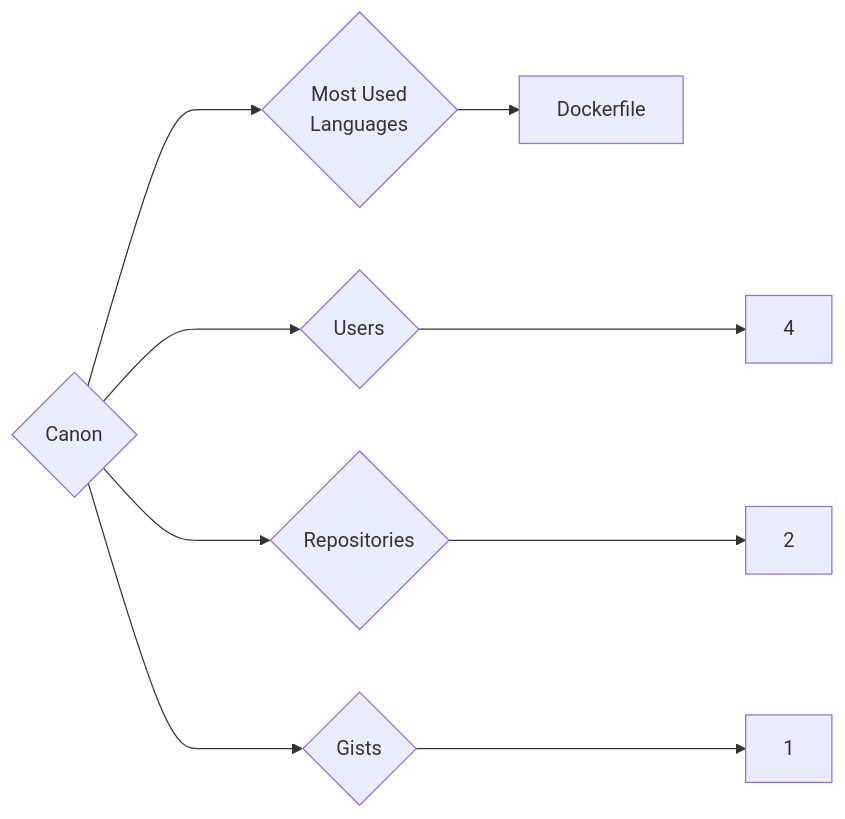
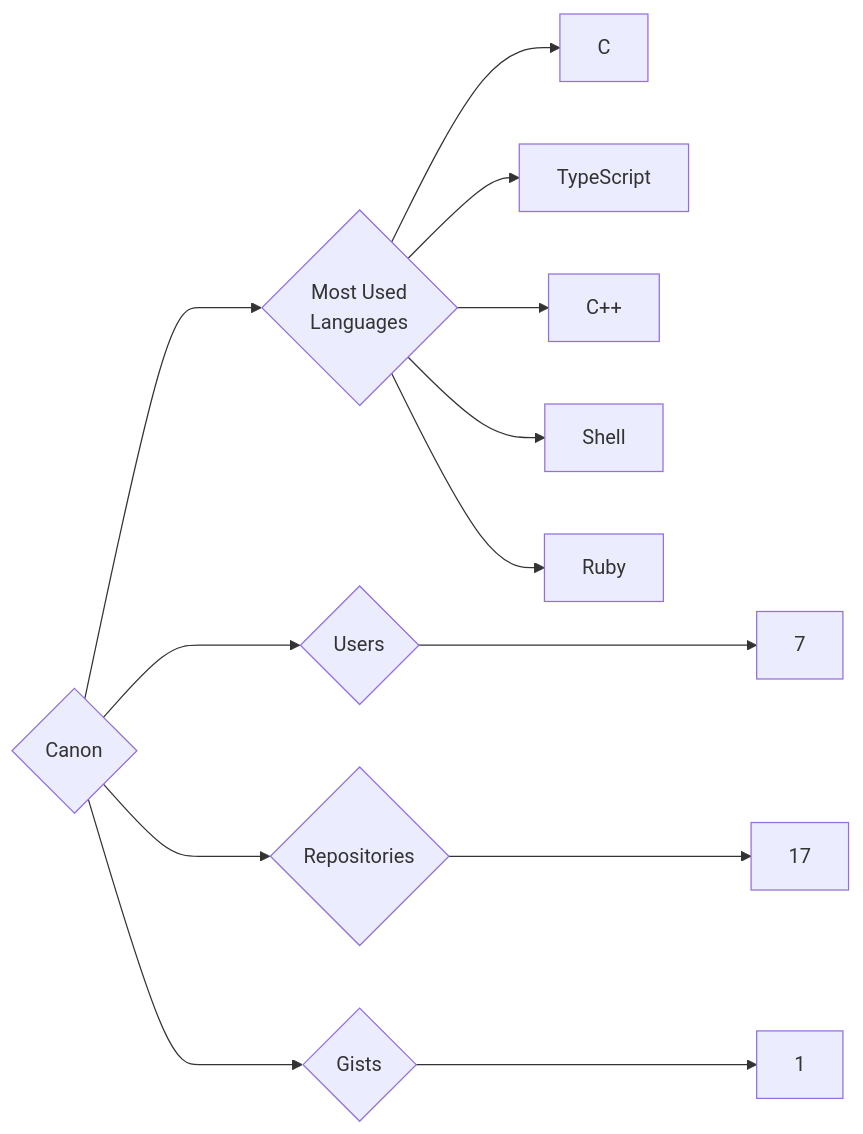
Before and after one commit to trickest/insiders: the diagram in targets/Canon/README.md, drawn with Mermaid. The commit also changed 773 other files, not shown here.

````diff
--- a/targets/Canon/README.md
+++ b/targets/Canon/README.md
@@ -3,9 +3,13 @@
 ```mermaid
 graph LR
 COMPANY_NAME{Canon}
-COMPANY_NAME ---> U{Users} ---> UN[4]
-COMPANY_NAME ---> R{Repositories} ---> RN[2]
+COMPANY_NAME ---> U{Users} ---> UN[7]
+COMPANY_NAME ---> R{Repositories} ---> RN[17]
 COMPANY_NAME ---> G{Gists} ---> GN[1]
 COMPANY_NAME ---> ML{Most Used<br>Languages}
-ML --> Dockerfile[Dockerfile]
+ML --> C[C]
+ML --> TypeScript[TypeScript]
+ML --> C++[C++]
+ML --> Shell[Shell]
+ML --> Ruby[Ruby]
 ```
````
